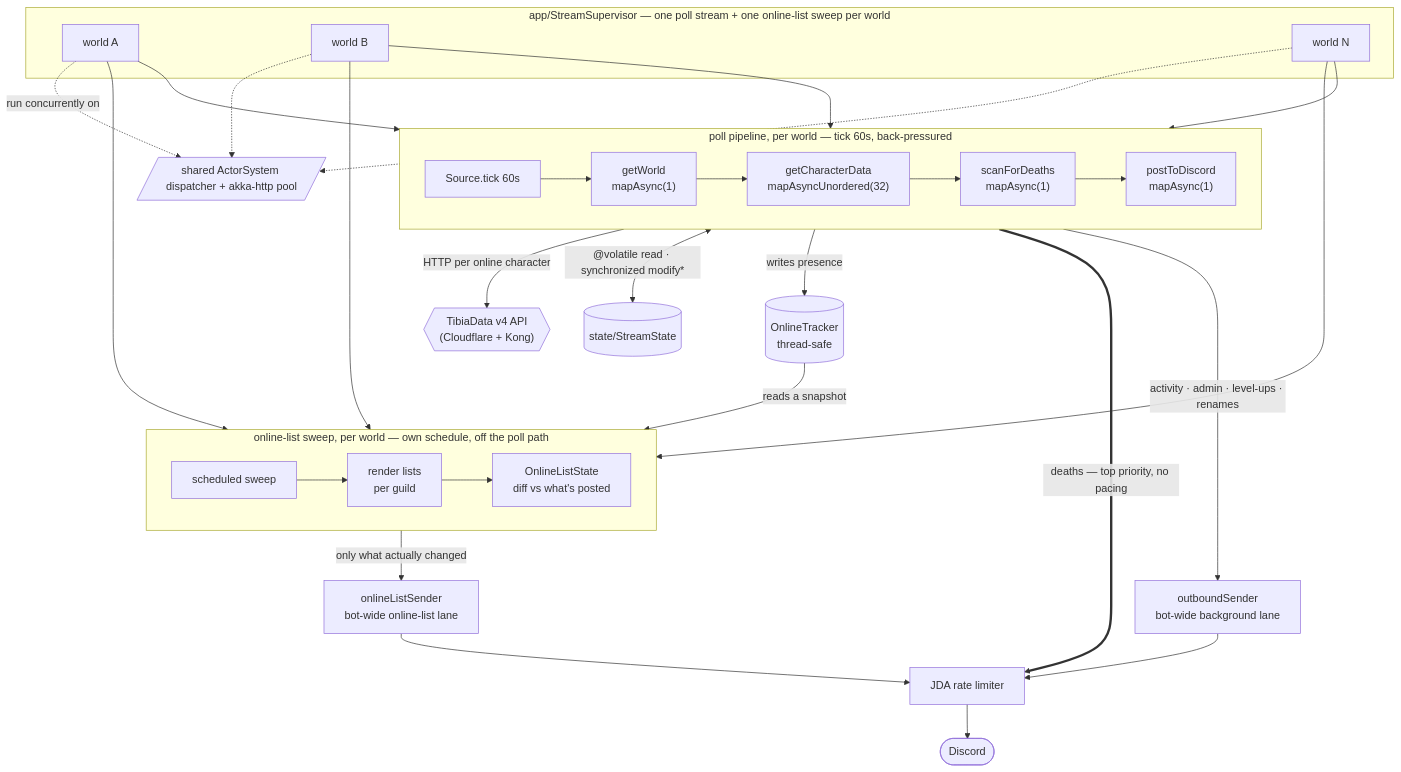
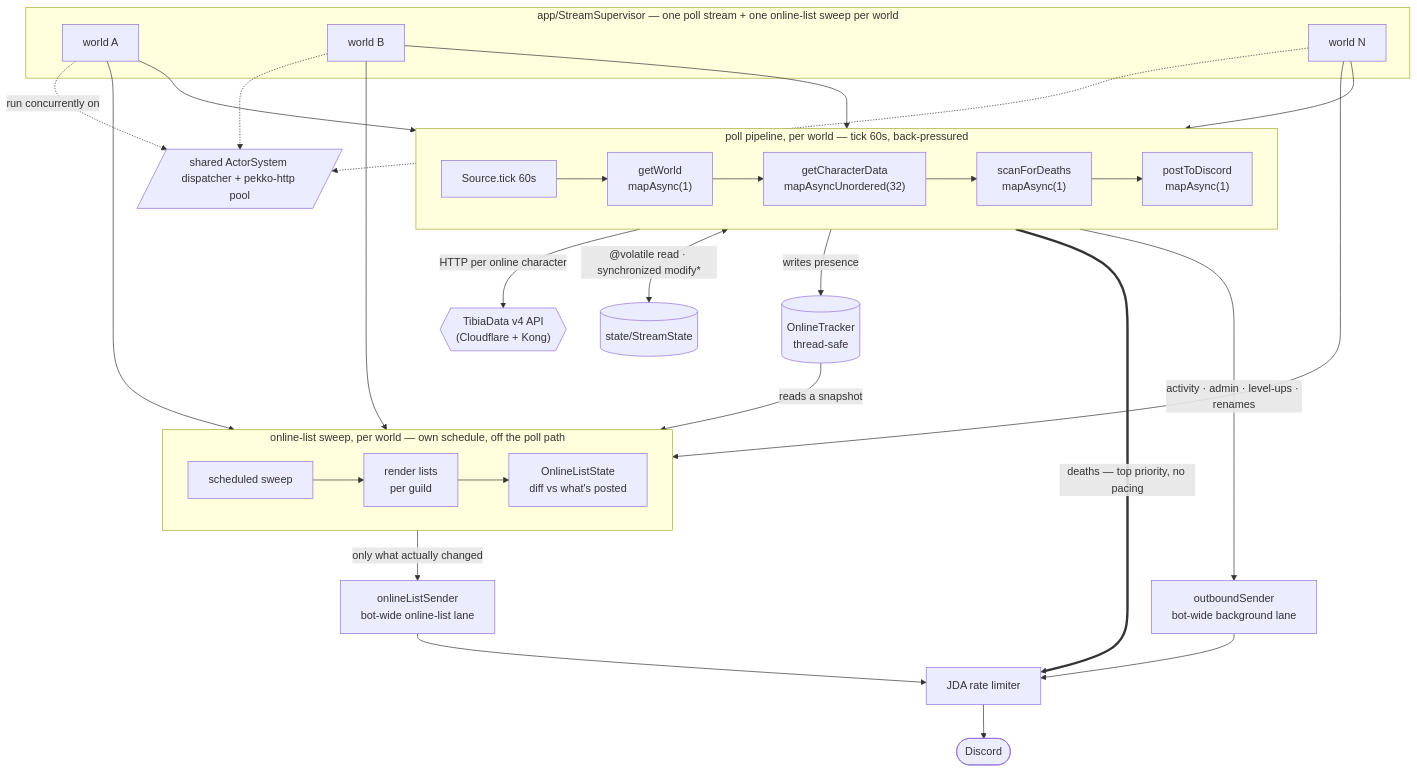
Before and after one commit to Leo32onGIT/tibia-bot: the diagram in README.md, drawn with Mermaid. The commit also changed other lines of this file and 41 other files, not shown here.

````diff
--- a/README.md
+++ b/README.md
@@ -81,45 +81,45 @@
 ```mermaid
 flowchart TB
     subgraph sup ["app/StreamSupervisor — one poll stream + one online-list sweep per world"]
         WA[world A]
         WB[world B]
         WN[world N]
     end
 
     subgraph pipe ["poll pipeline, per world — tick 60s, back-pressured"]
         direction LR
         T["Source.tick 60s"] --> GWp["getWorld<br/>mapAsync(1)"]
         GWp --> GC["getCharacterData<br/>mapAsyncUnordered(32)"]
         GC --> SDp["scanForDeaths<br/>mapAsync(1)"]
         SDp --> PDp["postToDiscord<br/>mapAsync(1)"]
     end
 
     subgraph sweep ["online-list sweep, per world — own schedule, off the poll path"]
         direction LR
         SW["scheduled sweep"] --> OL["render lists<br/>per guild"]
         OL --> OLS["OnlineListState<br/>diff vs what's posted"]
     end
 
     WA --> T
     WB --> T
     WN --> T
     WA --> SW
     WB --> SW
     WN --> SW
 
     GC -->|HTTP per online character| API{{"TibiaData v4 API<br/>(Cloudflare + Kong)"}}
     SDp <-->|"@volatile read · synchronized modify*"| ST[("state/StreamState")]
     SDp -->|"writes presence"| OT[("OnlineTracker<br/>thread-safe")]
     OT -->|"reads a snapshot"| OL
 
     PDp ==>|"deaths — top priority, no pacing"| JDA
     PDp -->|"activity · admin · level-ups · renames"| BG["outboundSender<br/>bot-wide background lane"]
     OLS -->|"only what actually changed"| OLQ["onlineListSender<br/>bot-wide online-list lane"]
     BG --> JDA["JDA rate limiter"]
     OLQ --> JDA
     JDA --> D([Discord])
 
-    WA -.->|run concurrently on| AS[/"shared ActorSystem dispatcher + akka-http pool"/]
+    WA -.->|run concurrently on| AS[/"shared ActorSystem dispatcher + pekko-http pool"/]
     WB -.-> AS
     WN -.-> AS
 ```
````
